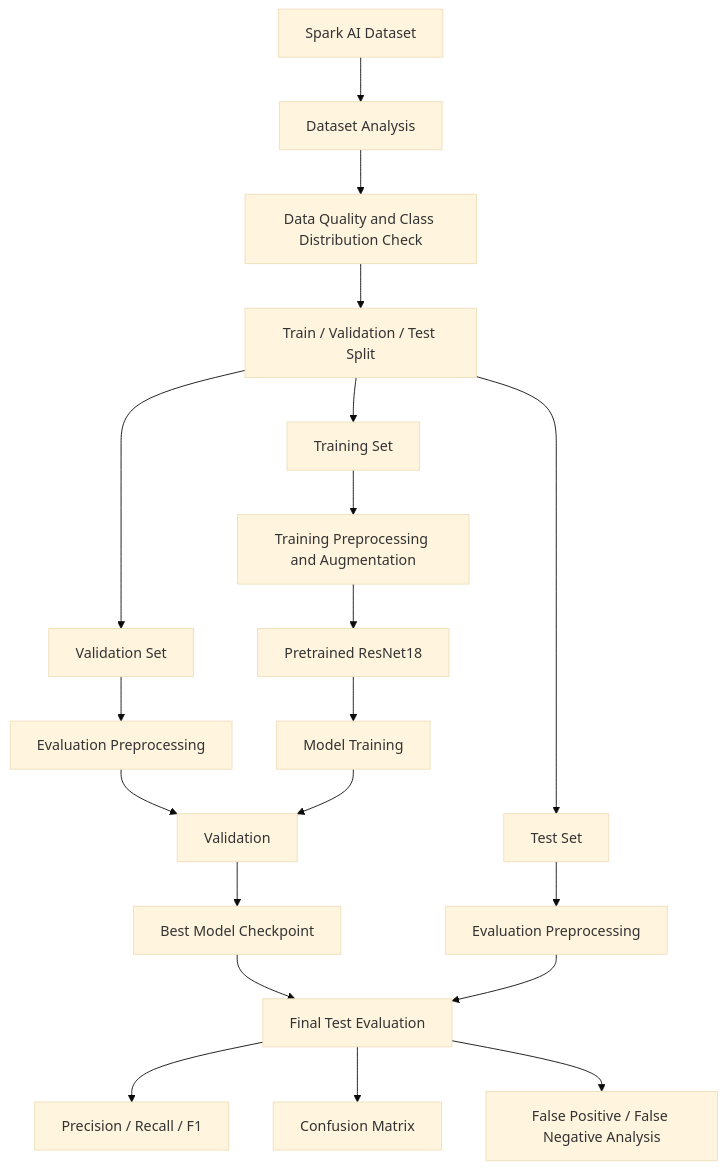
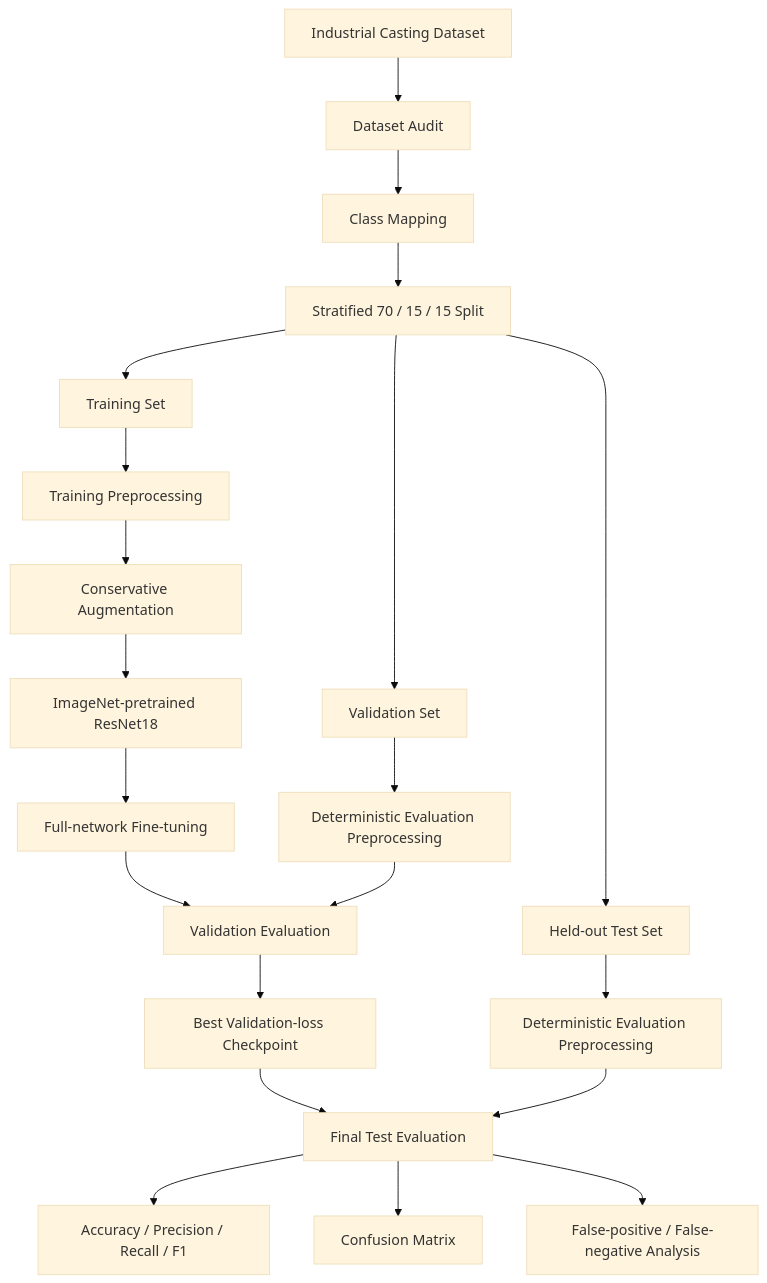
Before and after one commit to abdullah763/spark-ai-visual-defect-detection: the first of 6 diagrams in docs/architecture.md, drawn with Mermaid (base theme). The commit also changed other lines of this file and 1 other file, not shown here.

Commit message:
Finalize dataset and architecture documentation

````diff
--- a/docs/architecture.md
+++ b/docs/architecture.md
@@ -5,28 +18,30 @@
 ```mermaid
 flowchart TD
-    A[Spark AI Dataset] --> B[Dataset Analysis]
-    B --> C[Data Quality and Class Distribution Check]
-    C --> D[Train / Validation / Test Split]
+    A[Industrial Casting Dataset] --> B[Dataset Audit]
+    B --> C[Class Mapping]
+    C --> D[Stratified 70 / 15 / 15 Split]
 
     D --> E[Training Set]
     D --> F[Validation Set]
-    D --> G[Test Set]
+    D --> G[Held-out Test Set]
 
-    E --> H[Training Preprocessing and Augmentation]
-    H --> I[Pretrained ResNet18]
-    I --> J[Model Training]
+    E --> H[Training Preprocessing]
+    H --> I[Conservative Augmentation]
+    I --> J[ImageNet-pretrained ResNet18]
 
-    F --> K[Evaluation Preprocessing]
-    K --> L[Validation]
+    J --> K[Full-network Fine-tuning]
 
-    J --> L
-    L --> M[Best Model Checkpoint]
+    F --> L[Deterministic Evaluation Preprocessing]
+    K --> M[Validation Evaluation]
+    L --> M
 
-    G --> N[Evaluation Preprocessing]
-    M --> O[Final Test Evaluation]
-    N --> O
+    M --> N[Best Validation-loss Checkpoint]
 
-    O --> P[Precision / Recall / F1]
-    O --> Q[Confusion Matrix]
-    O --> R[False Positive / False Negative Analysis]
+    G --> O[Deterministic Evaluation Preprocessing]
+    N --> P[Final Test Evaluation]
+    O --> P
+
+    P --> Q[Accuracy / Precision / Recall / F1]
+    P --> R[Confusion Matrix]
+    P --> S[False-positive / False-negative Analysis]
 ```
````
